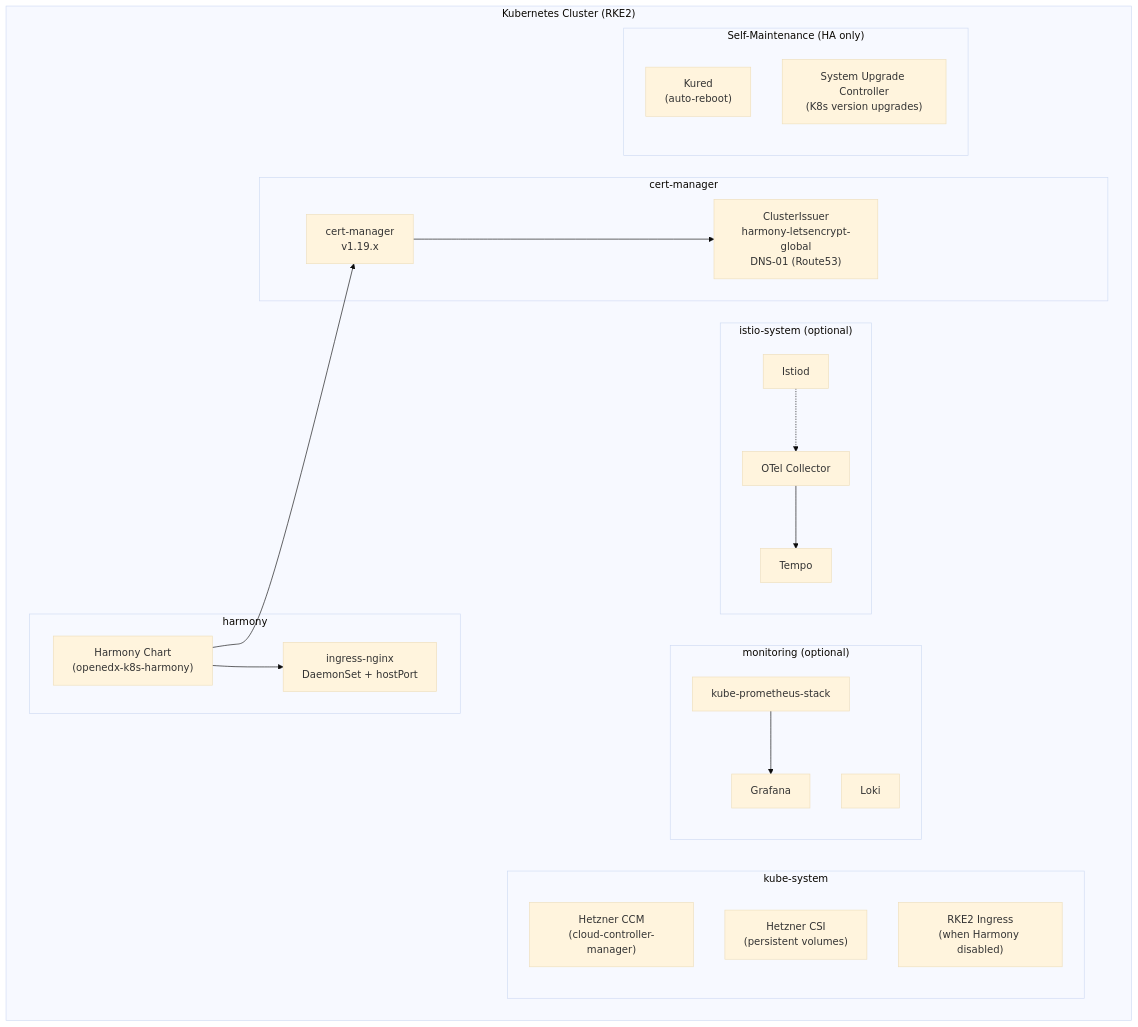
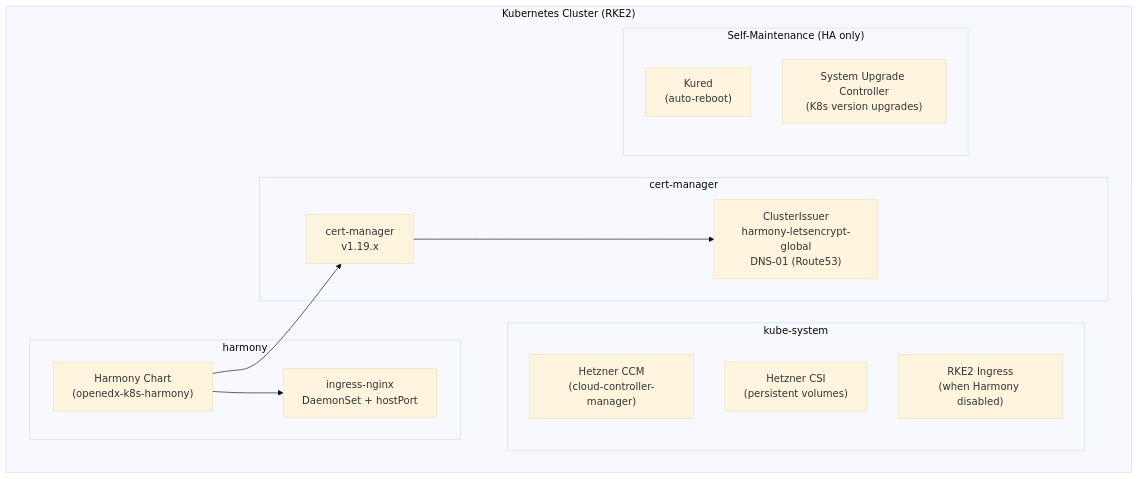
Before and after one commit to mbilan1/terraform-hcloud-ubuntu-rke2: the third of 5 diagrams in docs/ARCHITECTURE.md, drawn with Mermaid (base theme). The commit also changed other lines of this file and 21 other files, not shown here.

````diff
--- a/docs/ARCHITECTURE.md
+++ b/docs/ARCHITECTURE.md
@@ -206,44 +206,29 @@
 ```mermaid
 flowchart TB
     subgraph k8s["Kubernetes Cluster (RKE2)"]
         subgraph system["kube-system"]
             hccm["Hetzner CCM\n(cloud-controller-manager)"]
             csi["Hetzner CSI\n(persistent volumes)"]
             rke2_ingress["RKE2 Ingress\n(when Harmony disabled)"]
         end
 
         subgraph certmgr["cert-manager"]
             cm["cert-manager\nv1.19.x"]
             issuer["ClusterIssuer\nharmony-letsencrypt-global\nDNS-01 (Route53)"]
         end
 
         subgraph harmony_ns["harmony"]
             harmony["Harmony Chart\n(openedx-k8s-harmony)"]
             nginx["ingress-nginx\nDaemonSet + hostPort"]
         end
 
-        subgraph monitoring["monitoring (optional)"]
-            prom["kube-prometheus-stack"]
-            loki["Loki"]
-            grafana["Grafana"]
-        end
-
-        subgraph istio_ns["istio-system (optional)"]
-            istiod["Istiod"]
-            tempo["Tempo"]
-            otel["OTel Collector"]
-        end
-
         subgraph maintenance["Self-Maintenance (HA only)"]
             kured["Kured\n(auto-reboot)"]
             suc["System Upgrade Controller\n(K8s version upgrades)"]
         end
     end
 
     cm --> issuer
     harmony --> nginx
     harmony --> cm
-    prom --> grafana
-    otel --> tempo
-    istiod -.-> otel
 ```
````
